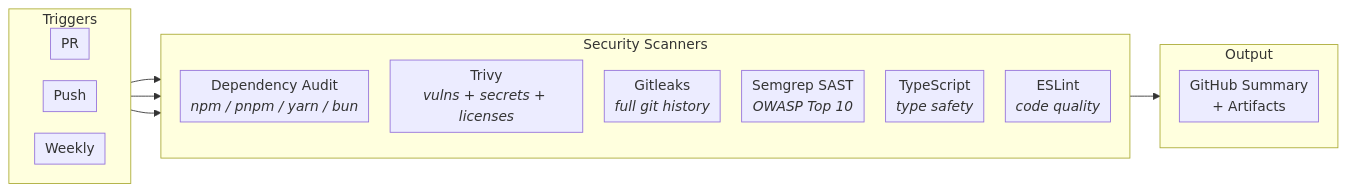
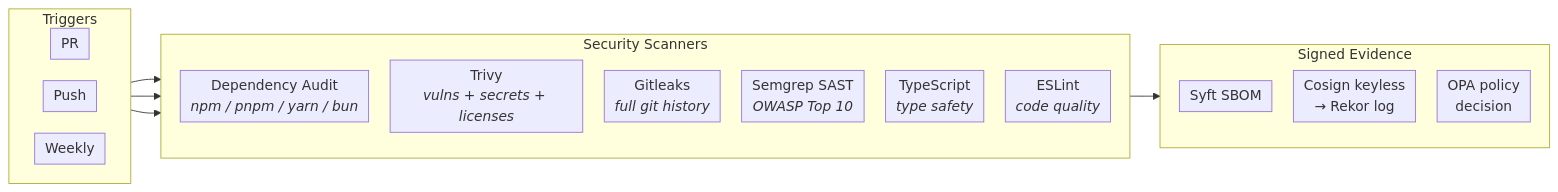
One commit to eSolia/.github changed the second of 2 diagrams in profile/README.md. Above: the diagram before and after it, drawn with Mermaid. The commit also changed other lines of this file and 70 other files, not shown here.

````diff
--- a/profile/README.md
+++ b/profile/README.md
@@ -94,29 +94,31 @@
 ```mermaid
 %%{init: {'flowchart': {'nodeSpacing': 25, 'rankSpacing': 35, 'padding': 6, 'curve': 'basis'}}}%%
 flowchart LR
   subgraph trigger["Triggers"]
     direction LR
     PR["PR"]
     Push["Push"]
     Cron["Weekly"]
   end
 
   subgraph scanners["Security Scanners"]
     direction TB
     Dep["Dependency Audit<br/><i>npm / pnpm / yarn / bun</i>"]
     Trivy["Trivy<br/><i>vulns + secrets + licenses</i>"]
     Gitleaks["Gitleaks<br/><i>full git history</i>"]
     Semgrep["Semgrep SAST<br/><i>OWASP Top 10</i>"]
     TSC["TypeScript<br/><i>type safety</i>"]
     Lint["ESLint<br/><i>code quality</i>"]
   end
 
-  subgraph out["Output"]
-    Summary["GitHub Summary<br/>+ Artifacts"]
+  subgraph evidence["Signed Evidence"]
+    Syft["Syft SBOM"]
+    Cosign["Cosign keyless<br/>→ Rekor log"]
+    Policy["OPA policy<br/>decision"]
   end
 
   PR --> scanners
   Push --> scanners
   Cron --> scanners
-  scanners --> out
+  scanners --> evidence
 ```
````
